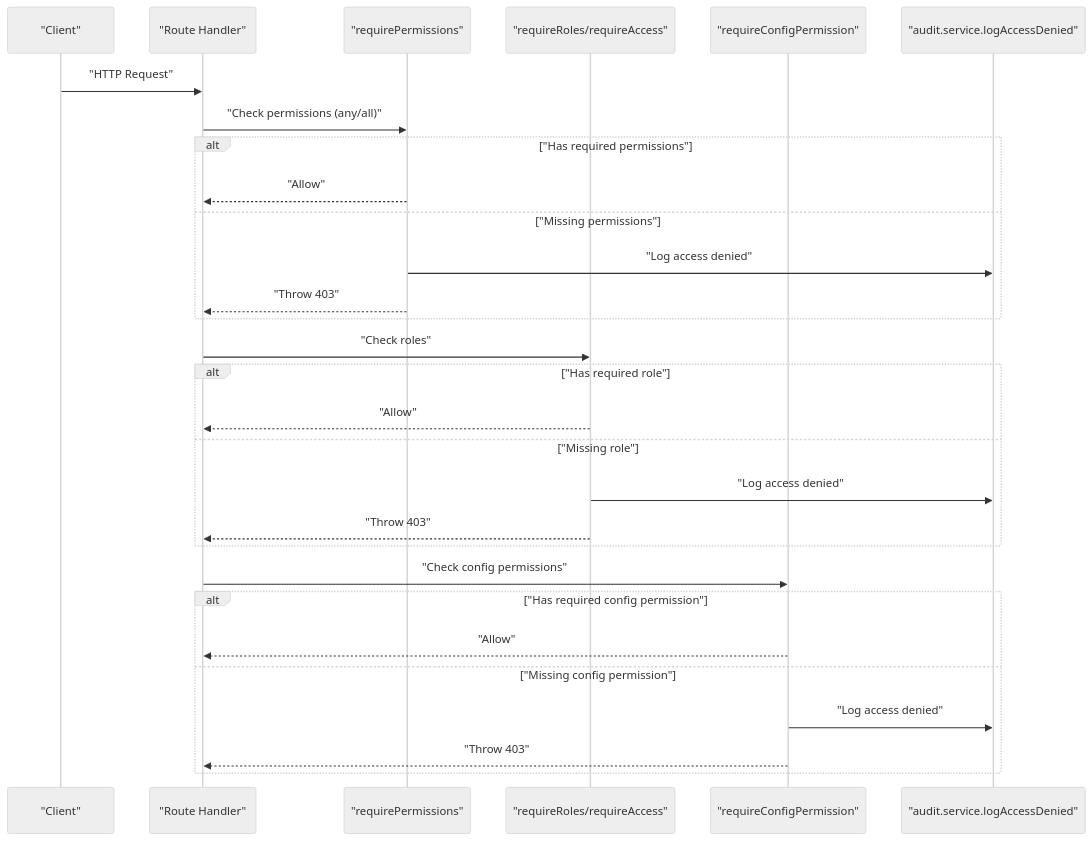
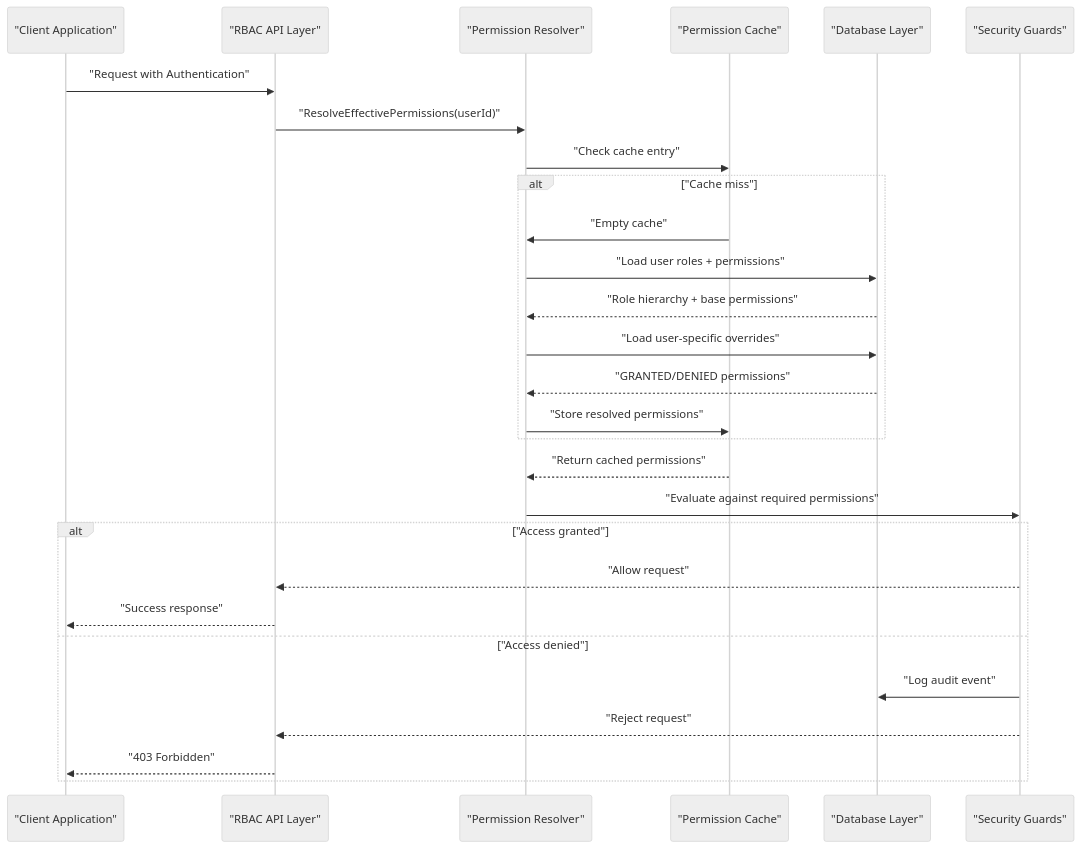
The second of 5 diagrams in .qoder/repowiki/en/content/Authentication & Authorization/Role-Based Access Control.md (franckylab/eLISAschool), drawn with Mermaid (neutral theme) before and after one commit. The commit also changed other lines of this file and 75 other files, not shown here.

````diff
--- a/.qoder/repowiki/en/content/Authentication & Authorization/Role-Based Access Control.md
+++ b/.qoder/repowiki/en/content/Authentication & Authorization/Role-Based Access Control.md
@@ -111,31 +144,30 @@
 ```mermaid
 sequenceDiagram
-participant Client as "Client"
-participant Router as "Route Handler"
-participant Guard as "requirePermissions"
-participant RoleMW as "requireRoles/requireAccess"
-participant ConfigGuard as "requireConfigPermission"
-participant Audit as "audit.service.logAccessDenied"
-Client->>Router : "HTTP Request"
-Router->>Guard : "Check permissions (any/all)"
-alt "Has required permissions"
-Guard-->>Router : "Allow"
-else "Missing permissions"
-Guard->>Audit : "Log access denied"
-Guard-->>Router : "Throw 403"
+participant Client as "Client Application"
+participant API as "RBAC API Layer"
+participant Resolver as "Permission Resolver"
+participant Cache as "Permission Cache"
+participant DB as "Database Layer"
+participant Guard as "Security Guards"
+Client->>API : "Request with Authentication"
+API->>Resolver : "ResolveEffectivePermissions(userId)"
+Resolver->>Cache : "Check cache entry"
+alt "Cache miss"
+Cache->>Resolver : "Empty cache"
+Resolver->>DB : "Load user roles + permissions"
+DB-->>Resolver : "Role hierarchy + base permissions"
+Resolver->>DB : "Load user-specific overrides"
+DB-->>Resolver : "GRANTED/DENIED permissions"
+Resolver->>Cache : "Store resolved permissions"
 end
-Router->>RoleMW : "Check roles"
-alt "Has required role"
-RoleMW-->>Router : "Allow"
-else "Missing role"
-RoleMW->>Audit : "Log access denied"
-RoleMW-->>Router : "Throw 403"
-end
-Router->>ConfigGuard : "Check config permissions"
-alt "Has required config permission"
-ConfigGuard-->>Router : "Allow"
-else "Missing config permission"
-ConfigGuard->>Audit : "Log access denied"
-ConfigGuard-->>Router : "Throw 403"
+Cache-->>Resolver : "Return cached permissions"
+Resolver->>Guard : "Evaluate against required permissions"
+alt "Access granted"
+Guard-->>API : "Allow request"
+API-->>Client : "Success response"
+else "Access denied"
+Guard->>DB : "Log audit event"
+Guard-->>API : "Reject request"
+API-->>Client : "403 Forbidden"
 end
 ```
````
